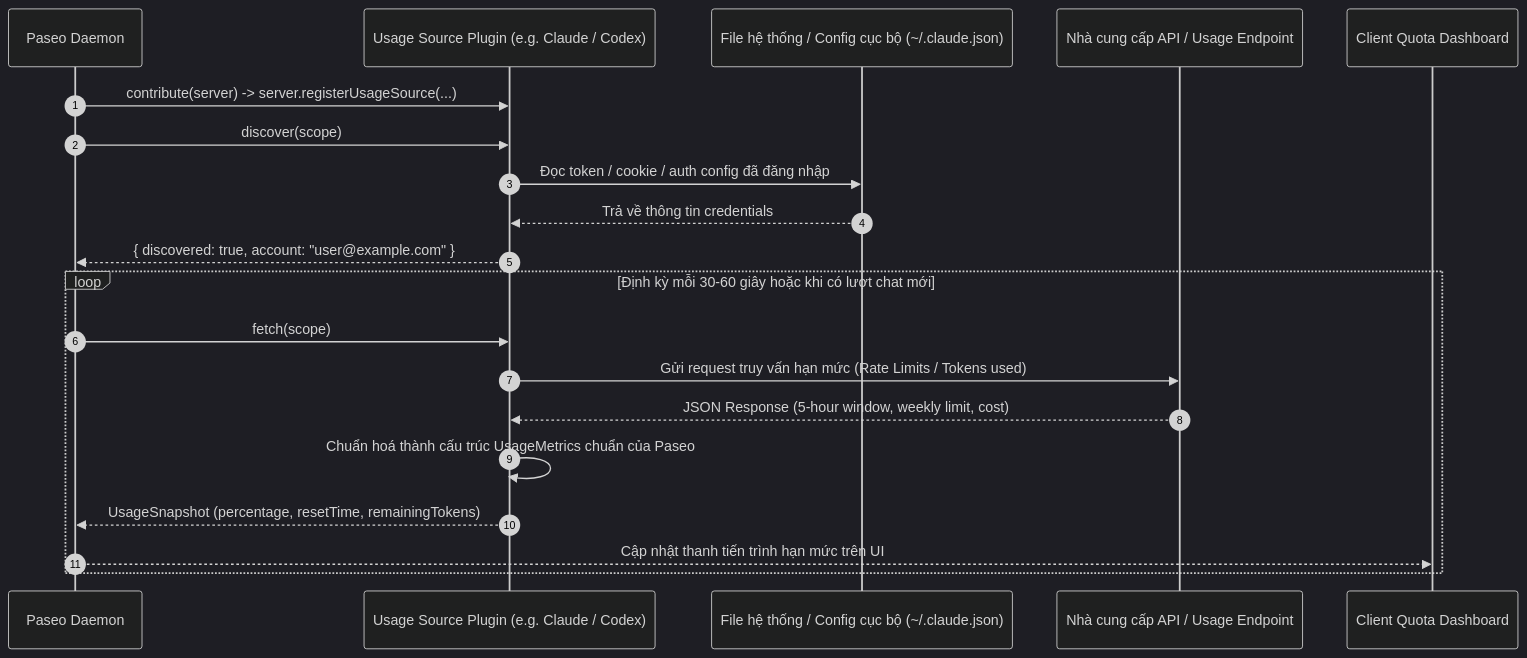
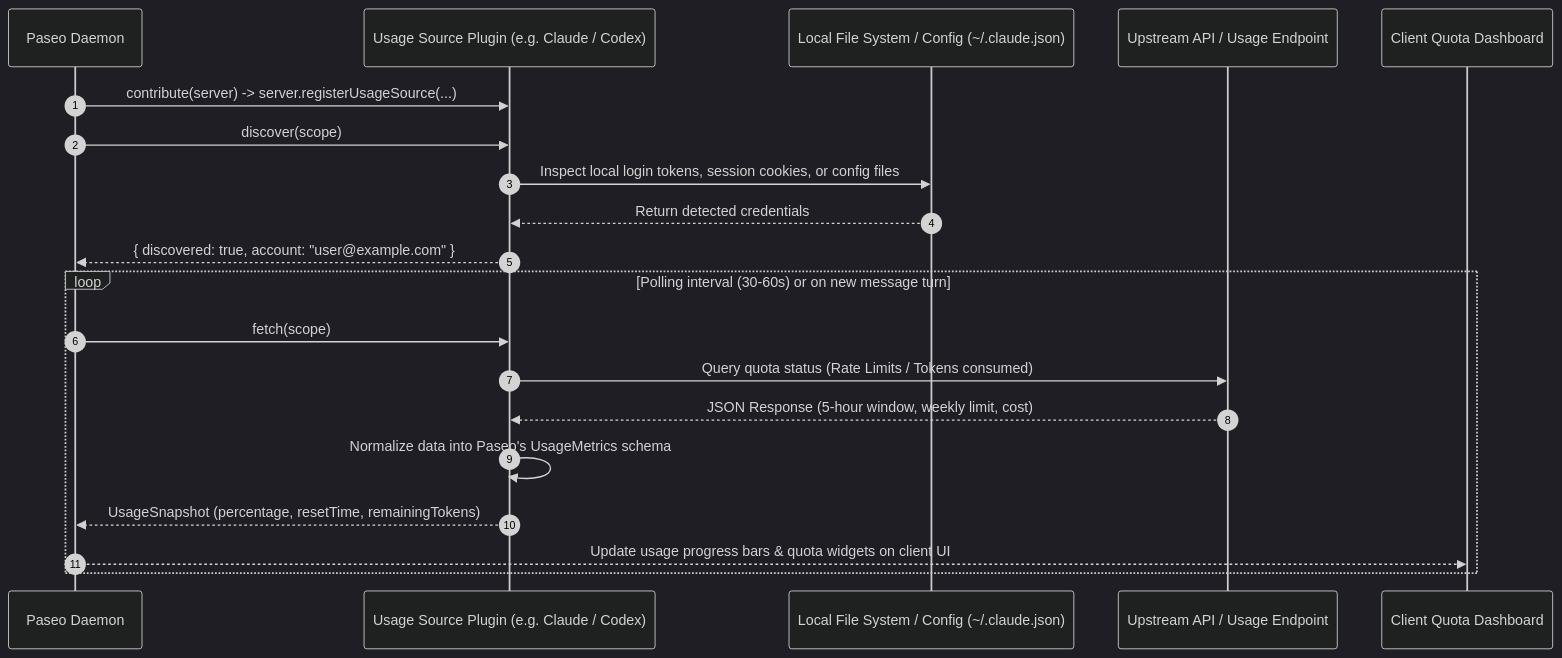
The third of 3 diagrams in plugins/README.md (luongndcoder/paseo), drawn with Mermaid (dark theme) before and after one commit. The commit also changed other lines of this file and 2 other files, not shown here.

Commit message:
docs: translate plugin and architecture documentation to English and add registry publishing guide

````diff
--- a/plugins/README.md
+++ b/plugins/README.md
@@ -116,24 +118,24 @@
 ```mermaid
 sequenceDiagram
     autonumber
     participant Daemon as Paseo Daemon
     participant Source as Usage Source Plugin (e.g. Claude / Codex)
-    participant LocalAuth as File hệ thống / Config cục bộ (~/.claude.json)
-    participant ProviderAPI as Nhà cung cấp API / Usage Endpoint
+    participant LocalAuth as Local File System / Config (~/.claude.json)
+    participant ProviderAPI as Upstream API / Usage Endpoint
     participant Client as Client Quota Dashboard
 
     Daemon->>Source: contribute(server) -> server.registerUsageSource(...)
     Daemon->>Source: discover(scope)
-    Source->>LocalAuth: Đọc token / cookie / auth config đã đăng nhập
-    LocalAuth-->>Source: Trả về thông tin credentials
+    Source->>LocalAuth: Inspect local login tokens, session cookies, or config files
+    LocalAuth-->>Source: Return detected credentials
     Source-->>Daemon: { discovered: true, account: "user@example.com" }
 
-    loop Định kỳ mỗi 30-60 giây hoặc khi có lượt chat mới
+    loop Polling interval (30-60s) or on new message turn
         Daemon->>Source: fetch(scope)
-        Source->>ProviderAPI: Gửi request truy vấn hạn mức (Rate Limits / Tokens used)
+        Source->>ProviderAPI: Query quota status (Rate Limits / Tokens consumed)
         ProviderAPI-->>Source: JSON Response (5-hour window, weekly limit, cost)
-        Source->>Source: Chuẩn hoá thành cấu trúc UsageMetrics chuẩn của Paseo
+        Source->>Source: Normalize data into Paseo's UsageMetrics schema
         Source-->>Daemon: UsageSnapshot (percentage, resetTime, remainingTokens)
-        Daemon-->>Client: Cập nhật thanh tiến trình hạn mức trên UI
+        Daemon-->>Client: Update usage progress bars & quota widgets on client UI
     end
 ```
````
